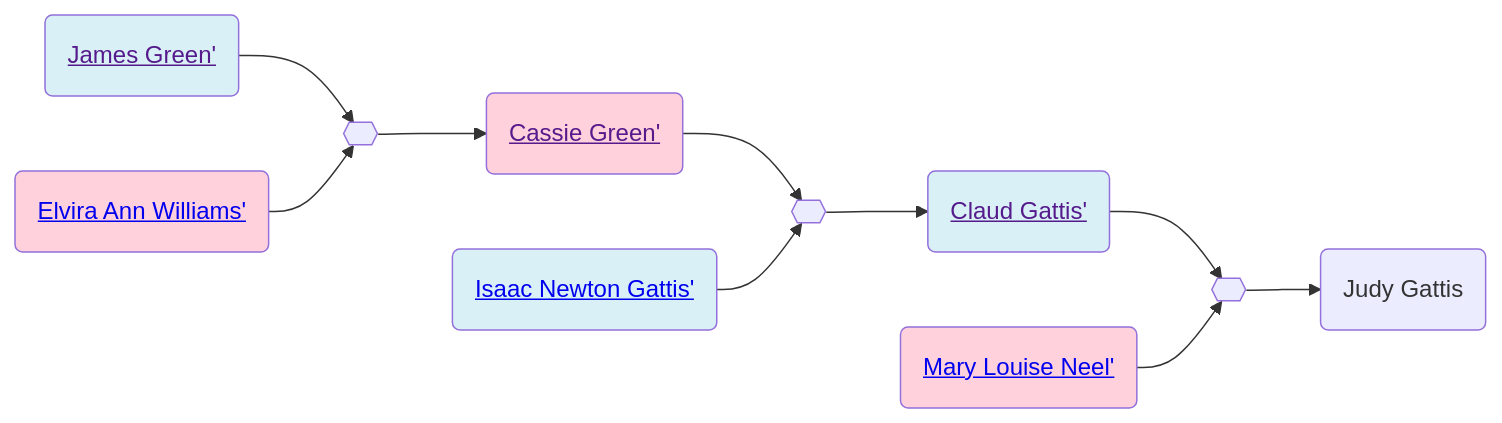
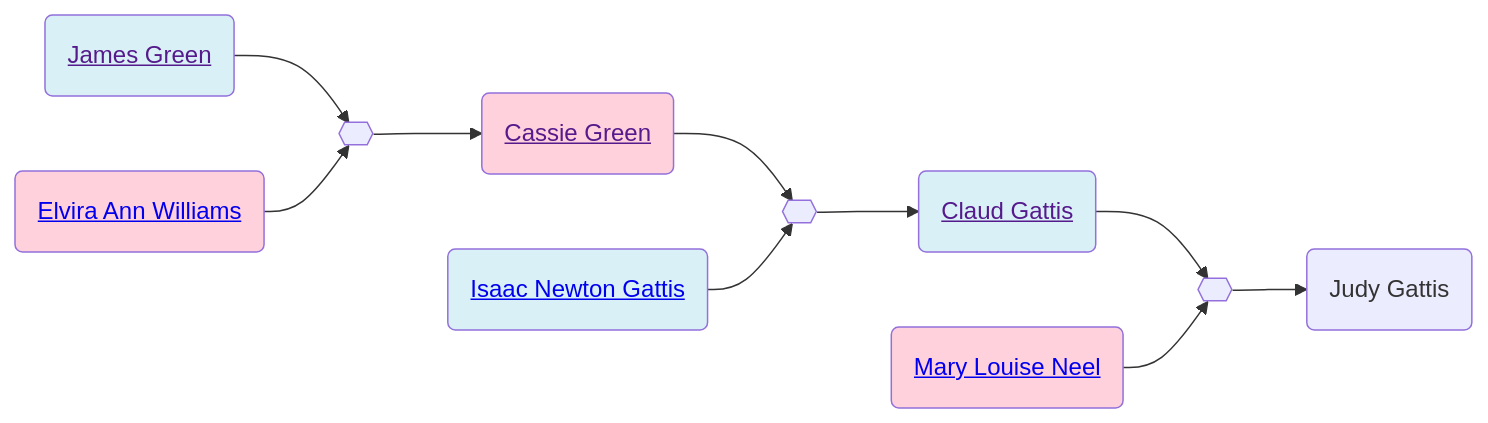
Before and after one commit to neelsmith/avocational: the second of 2 diagrams in familyhistory/sources/people/Gattis-line/Green-line/James_Green.qmd, drawn with Mermaid. The commit also changed other lines of this file and 96 other files, not shown here.

````diff
--- a/familyhistory/sources/people/Gattis-line/Green-line/James_Green.qmd
+++ b/familyhistory/sources/people/Gattis-line/Green-line/James_Green.qmd
@@ -43,26 +43,26 @@
 ```{mermaid}
 graph LR
 %% LR descendant diagram
 class James_Green_and_Elvira_Ann_Williams marriage
-James_Green(<a href=''>James Green'</>) --> James_Green_and_Elvira_Ann_Williams{{ }}
-Elvira_Ann_Williams(<a href='./Williams-line/Elvira_Ann_Williams.html'>Elvira Ann Williams'</>) --> James_Green_and_Elvira_Ann_Williams{{ }}
+James_Green(<a href=''>James Green</a>) --> James_Green_and_Elvira_Ann_Williams{{ }}
+Elvira_Ann_Williams(<a href='./Williams-line/Elvira_Ann_Williams.html'>Elvira Ann Williams</a>) --> James_Green_and_Elvira_Ann_Williams{{ }}
 class James_Green father
 class Elvira_Ann_Williams mother
-James_Green_and_Elvira_Ann_Williams{{ }} --> Cassie_Green(<a href='./Cassie_Green.html'>Cassie Green'</>)
+James_Green_and_Elvira_Ann_Williams{{ }} --> Cassie_Green(<a href='./Cassie_Green.html'>Cassie Green</a>)
 class Cassie_Green_and_Isaac_Newton_Gattis marriage
-Cassie_Green(<a href=''>Cassie Green'</>) --> Cassie_Green_and_Isaac_Newton_Gattis{{ }}
-Isaac_Newton_Gattis(<a href='./../Isaac_Newton_Gattis.html'>Isaac Newton Gattis'</>) --> Cassie_Green_and_Isaac_Newton_Gattis{{ }}
+Cassie_Green(<a href=''>Cassie Green</a>) --> Cassie_Green_and_Isaac_Newton_Gattis{{ }}
+Isaac_Newton_Gattis(<a href='./../Isaac_Newton_Gattis.html'>Isaac Newton Gattis</a>) --> Cassie_Green_and_Isaac_Newton_Gattis{{ }}
 class Isaac_Newton_Gattis father
 class Cassie_Green mother
-Cassie_Green_and_Isaac_Newton_Gattis{{ }} --> Claud_Gattis(<a href='./../Claud_Gattis.html'>Claud Gattis'</>)
+Cassie_Green_and_Isaac_Newton_Gattis{{ }} --> Claud_Gattis(<a href='./../Claud_Gattis.html'>Claud Gattis</a>)
 class Claud_Gattis_and_Mary_Louise_Neel marriage
-Claud_Gattis(<a href=''>Claud Gattis'</>) --> Claud_Gattis_and_Mary_Louise_Neel{{ }}
-Mary_Louise_Neel(<a href='./../Neel-line/Mary_Louise_Neel.html'>Mary Louise Neel'</>) --> Claud_Gattis_and_Mary_Louise_Neel{{ }}
+Claud_Gattis(<a href=''>Claud Gattis</a>) --> Claud_Gattis_and_Mary_Louise_Neel{{ }}
+Mary_Louise_Neel(<a href='./../Neel-line/Mary_Louise_Neel.html'>Mary Louise Neel</a>) --> Claud_Gattis_and_Mary_Louise_Neel{{ }}
 class Claud_Gattis father
 class Mary_Louise_Neel mother
 Claud_Gattis_and_Mary_Louise_Neel{{ }} --> Judy_Gattis(Judy Gattis)
 classDef mother fill:#ffd1dc
 classDef father fill:#daf0f7  
 classDef marriage fill:#ffffff
 
 ```
````
